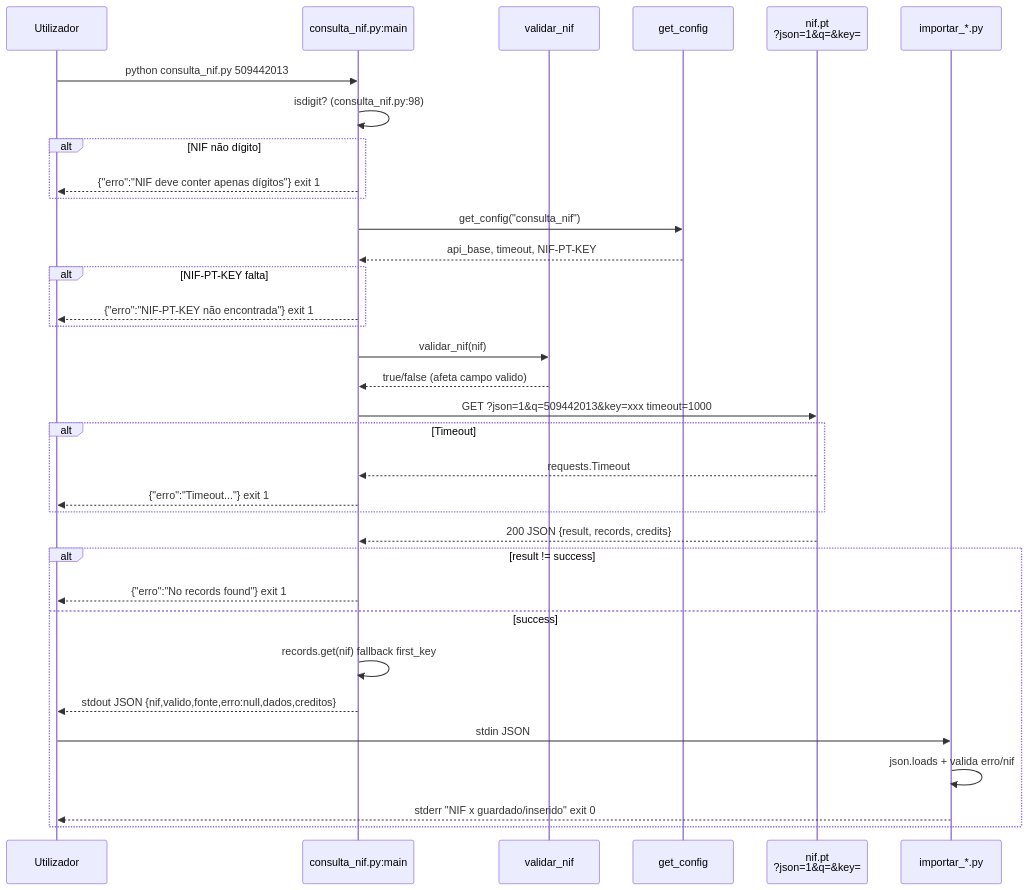
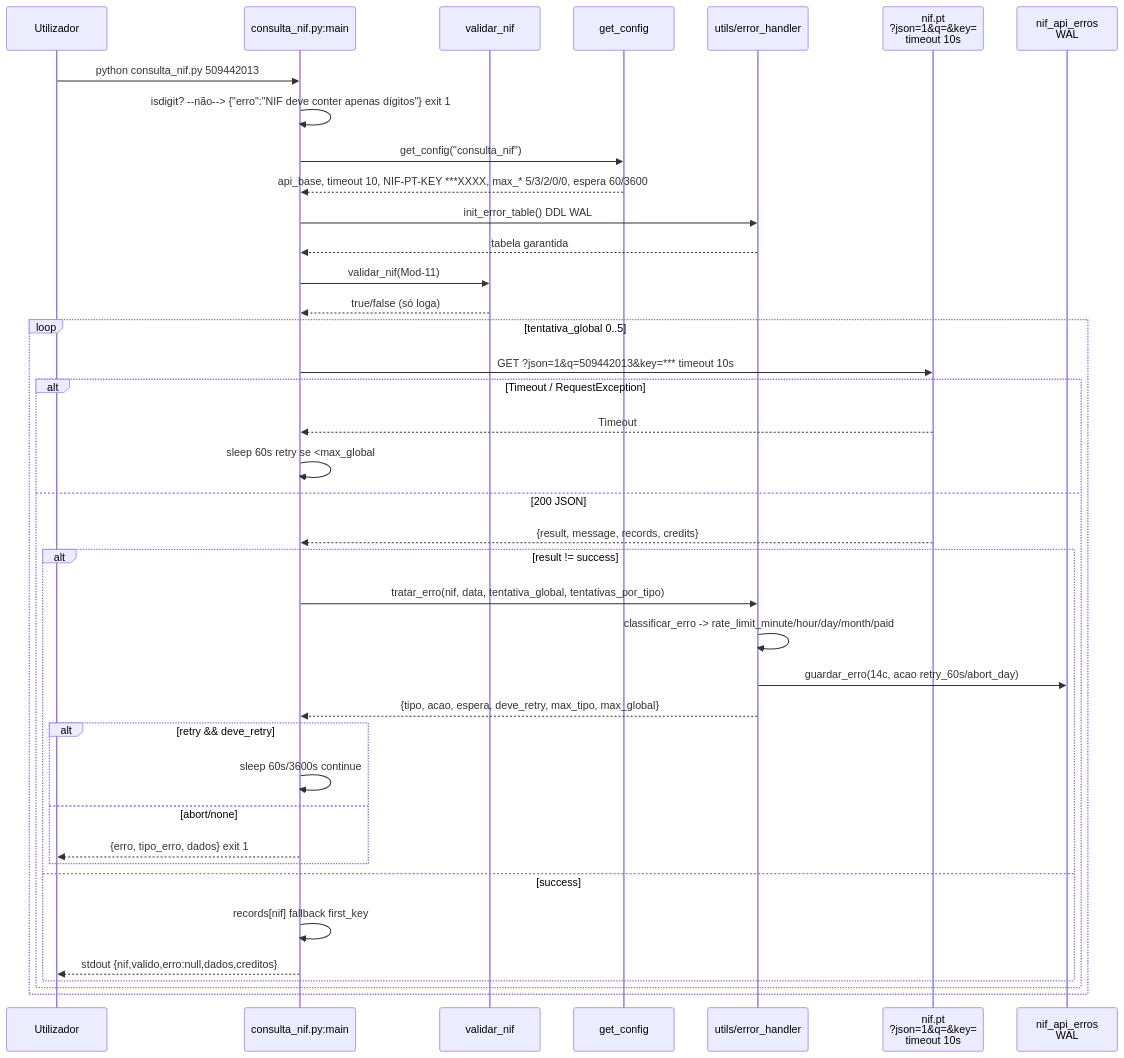
The second of 8 diagrams in docs/architecture/diagrams.md (nunoetome/nif-pt), drawn with Mermaid before and after one commit. The commit also changed other lines of this file and 19 other files, not shown here.

````diff
--- a/docs/architecture/diagrams.md
+++ b/docs/architecture/diagrams.md
@@ -20,37 +22,42 @@
 ```mermaid
 sequenceDiagram
     participant U as Utilizador
     participant CLI as consulta_nif.py:main
     participant V as validar_nif
     participant CFG as get_config
-    participant API as nif.pt<br/>?json=1&q=&key=
-    participant IMP as importar_*.py
+    participant EH as utils/error_handler
+    participant API as nif.pt<br/>?json=1&q=&key=<br/>timeout 10s
+    participant DB as nif_api_erros<br/>WAL
 
     U->>CLI: python consulta_nif.py 509442013
-    CLI->>CLI: isdigit? (consulta_nif.py:98)
-    alt NIF não dígito
-        CLI-->>U: {"erro":"NIF deve conter apenas dígitos"} exit 1
-    end
+    CLI->>CLI: isdigit? --não--> {"erro":"NIF deve conter apenas dígitos"} exit 1
     CLI->>CFG: get_config("consulta_nif")
-    CFG-->>CLI: api_base, timeout, NIF-PT-KEY
-    alt NIF-PT-KEY falta
-        CLI-->>U: {"erro":"NIF-PT-KEY não encontrada"} exit 1
-    end
-    CLI->>V: validar_nif(nif)
-    V-->>CLI: true/false (afeta campo valido)
-    CLI->>API: GET ?json=1&q=509442013&key=xxx timeout=1000
-    alt Timeout
-        API-->>CLI: requests.Timeout
-        CLI-->>U: {"erro":"Timeout..."} exit 1
-    end
-    API-->>CLI: 200 JSON {result, records, credits}
-    alt result != success
-        CLI-->>U: {"erro":"No records found"} exit 1
-    else success
-        CLI->>CLI: records.get(nif) fallback first_key
-        CLI-->>U: stdout JSON {nif,valido,fonte,erro:null,dados,creditos}
-        U->>IMP: stdin JSON
-        IMP->>IMP: json.loads + valida erro/nif
-        IMP-->>U: stderr "NIF x guardado/inserido" exit 0
+    CFG-->>CLI: api_base, timeout 10, NIF-PT-KEY ***XXXX, max_* 5/3/2/0/0, espera 60/3600
+    CLI->>EH: init_error_table() DDL WAL
+    EH-->>CLI: tabela garantida
+    CLI->>V: validar_nif(Mod-11)
+    V-->>CLI: true/false (só loga)
+    loop tentativa_global 0..5
+        CLI->>API: GET ?json=1&q=509442013&key=*** timeout 10s
+        alt Timeout / RequestException
+            API-->>CLI: Timeout
+            CLI->>CLI: sleep 60s retry se <max_global
+        else 200 JSON
+            API-->>CLI: {result, message, records, credits}
+            alt result != success
+                CLI->>EH: tratar_erro(nif, data, tentativa_global, tentativas_por_tipo)
+                EH->>EH: classificar_erro -> rate_limit_minute/hour/day/month/paid
+                EH->>DB: guardar_erro(14c, acao retry_60s/abort_day)
+                EH-->>CLI: {tipo, acao, espera, deve_retry, max_tipo, max_global}
+                alt retry && deve_retry
+                    CLI->>CLI: sleep 60s/3600s continue
+                else abort/none
+                    CLI-->>U: {erro, tipo_erro, dados} exit 1
+                end
+            else success
+                CLI->>CLI: records[nif] fallback first_key
+                CLI-->>U: stdout {nif,valido,erro:null,dados,creditos}
+            end
+        end
     end
 ```
````
